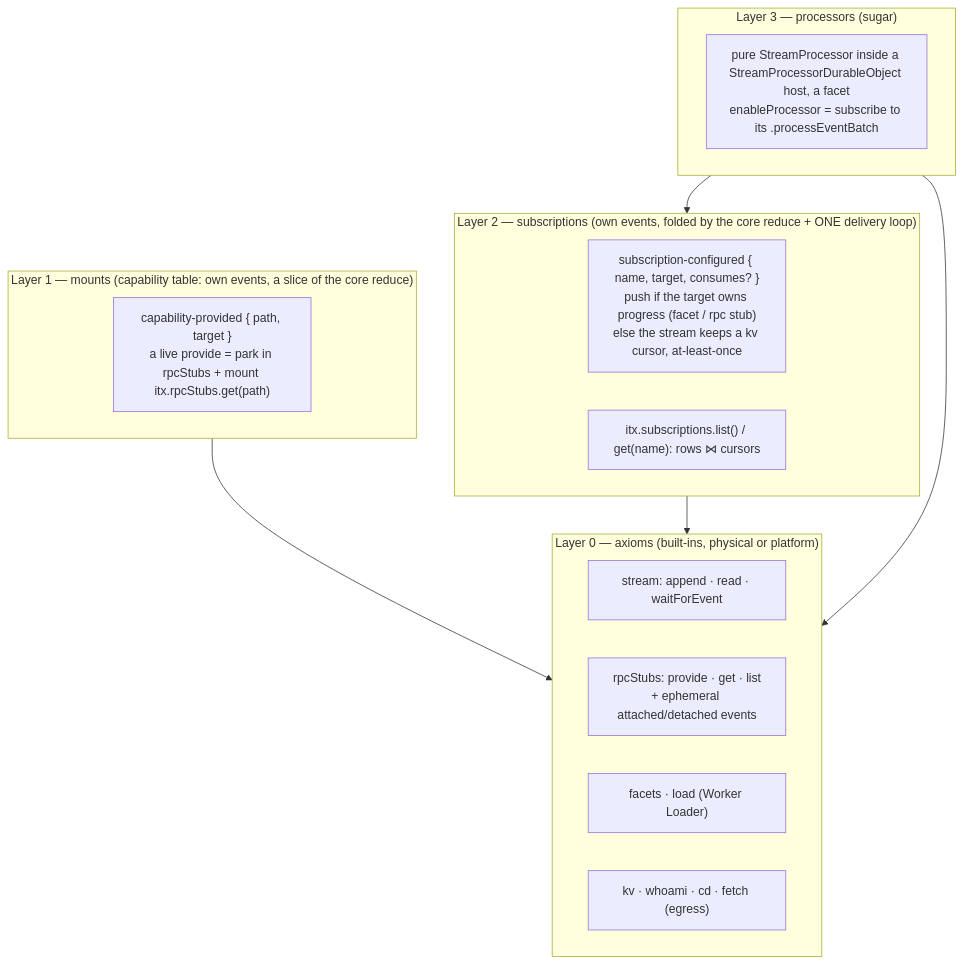
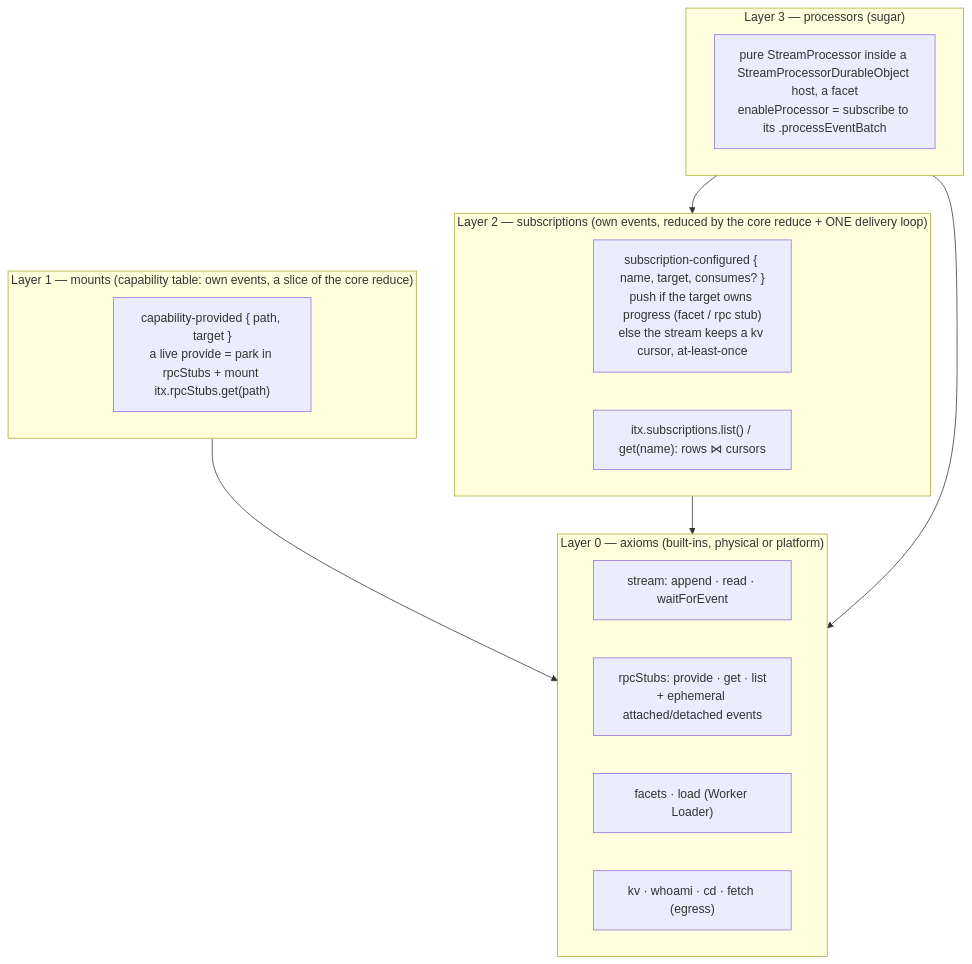
Before and after one commit to iterate/iterate: the diagram in packages/v3/project-worker/docs/design-onion-subscriptions-processors.md, drawn with Mermaid. The commit also changed other lines of this file and 46 other files, not shown here.

````diff
--- a/packages/v3/project-worker/docs/design-onion-subscriptions-processors.md
+++ b/packages/v3/project-worker/docs/design-onion-subscriptions-processors.md
@@ -37,23 +37,23 @@
 ```mermaid
 flowchart TB
   subgraph L0["Layer 0 — axioms (built-ins, physical or platform)"]
     stream["stream: append · read · waitForEvent"]
     stubs["rpcStubs: provide · get · list<br/>+ ephemeral attached/detached events"]
     facets["facets · load (Worker Loader)"]
     misc["kv · whoami · cd · fetch (egress)"]
   end
   subgraph L1["Layer 1 — mounts (capability table: own events, a slice of the core reduce)"]
     mount["capability-provided { path, target }<br/>a live provide = park in rpcStubs + mount itx.rpcStubs.get(path)"]
   end
-  subgraph L2["Layer 2 — subscriptions (own events, folded by the core reduce + ONE delivery loop)"]
+  subgraph L2["Layer 2 — subscriptions (own events, reduced by the core reduce + ONE delivery loop)"]
     sub["subscription-configured { name, target, consumes? }<br/>push if the target owns progress (facet / rpc stub)<br/>else the stream keeps a kv cursor, at-least-once"]
     view["itx.subscriptions.list() / get(name): rows ⋈ cursors"]
   end
   subgraph L3["Layer 3 — processors (sugar)"]
     proc["pure StreamProcessor inside a StreamProcessorDurableObject host, a facet<br/>enableProcessor = subscribe to its .processEventBatch"]
   end
   L1 --> L0
   L2 --> L0
   L3 --> L2
   L3 --> L0
 ```
````
